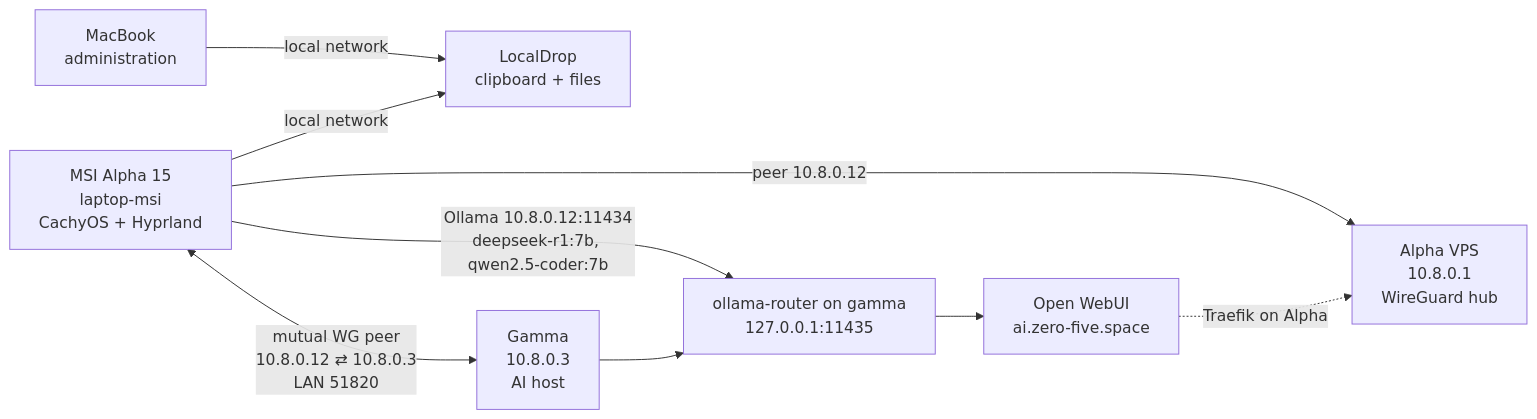
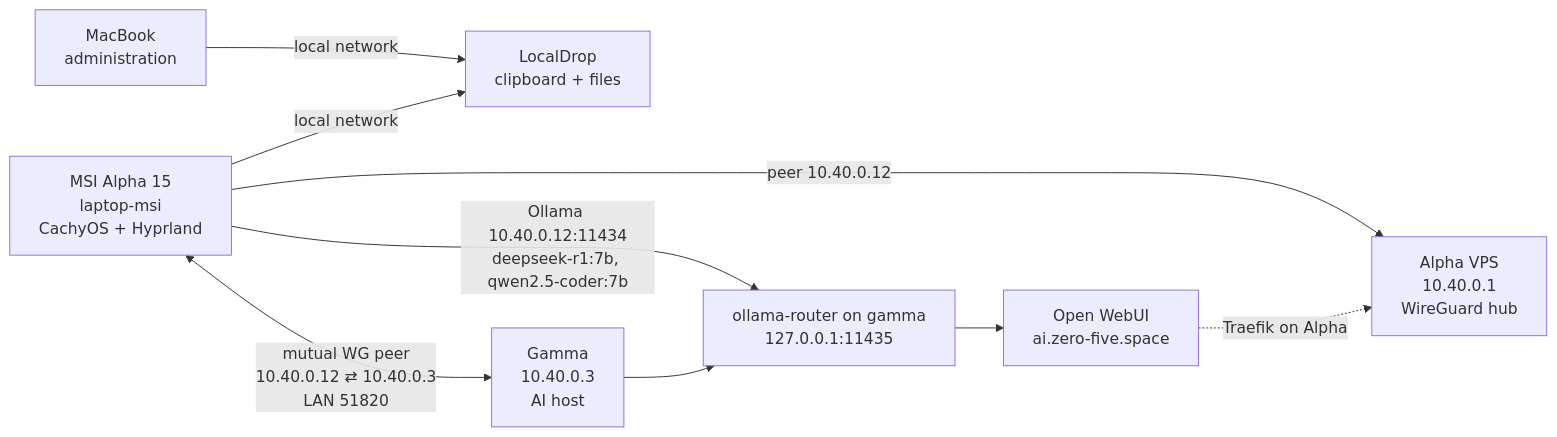
One commit to Manuel0516/zero-five-handbook changed the diagram in content/docs/laptop-msi/index.mdx. Above: the diagram before and after it, drawn with Mermaid. The commit also changed other lines of this file and 52 other files, not shown here.

Commit message:
Document 10.40 WireGuard mesh migration

````diff
--- a/content/docs/laptop-msi/index.mdx
+++ b/content/docs/laptop-msi/index.mdx
@@ -19,19 +19,19 @@
 ```mermaid
 flowchart LR
     msi["MSI Alpha 15<br/>laptop-msi<br/>CachyOS + Hyprland"]
-    gamma["Gamma<br/>10.8.0.3<br/>AI host"]
+    gamma["Gamma<br/>10.40.0.3<br/>AI host"]
     router["ollama-router on gamma<br/>127.0.0.1:11435"]
     webui["Open WebUI<br/>ai.zero-five.space"]
-    alpha["Alpha VPS<br/>10.8.0.1<br/>WireGuard hub"]
+    alpha["Alpha VPS<br/>10.40.0.1<br/>WireGuard hub"]
     mac["MacBook<br/>administration"]
     localdrop["LocalDrop<br/>clipboard + files"]
 
-    msi <-->|"mutual WG peer<br/>10.8.0.12 ⇄ 10.8.0.3<br/>LAN 51820"| gamma
-    msi -->|"Ollama 10.8.0.12:11434<br/>deepseek-r1:7b, qwen2.5-coder:7b"| router
+    msi <-->|"mutual WG peer<br/>10.40.0.12 ⇄ 10.40.0.3<br/>LAN 51820"| gamma
+    msi -->|"Ollama 10.40.0.12:11434<br/>deepseek-r1:7b, qwen2.5-coder:7b"| router
     gamma --> router
     router --> webui
     webui -. "Traefik on Alpha" .-> alpha
-    msi -->|"peer 10.8.0.12"| alpha
+    msi -->|"peer 10.40.0.12"| alpha
     mac -->|"local network"| localdrop
     msi -->|"local network"| localdrop
 ```
````
